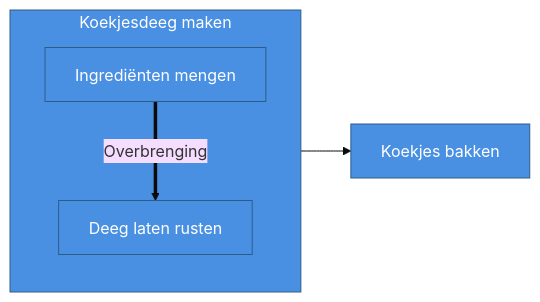
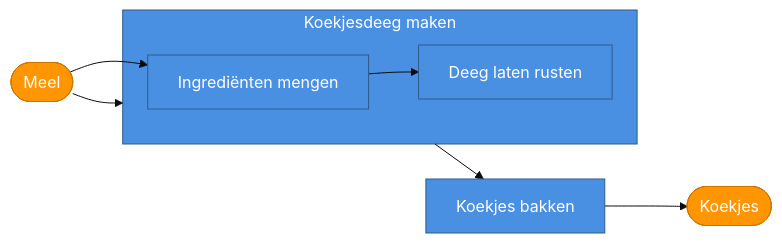
One commit to milieuinfo/RIE-IEPR changed the diagram in documentatie/bin/activiteit-visualisatie/fabriek-proces-genest.mmd. Above: the diagram before and after it, drawn with Mermaid (base theme). The commit also changed 27 other files, not shown here.

```diff
--- a/documentatie/bin/activiteit-visualisatie/fabriek-proces-genest.mmd
+++ b/documentatie/bin/activiteit-visualisatie/fabriek-proces-genest.mmd
@@ -1,17 +1,20 @@
 flowchart LR
+    step3["Koekjes bakken"]
+    style step3 color:white,fill:#4A90E2,stroke:#2E5C8A,color:#fff
+    subgraph step0["Koekjesdeeg maken"]
     step1["Ingrediënten mengen"]
-    style step1 fill:#4A90E2,stroke:#2E5C8A,color:#fff
+    style step1 color:white,fill:#4A90E2,stroke:#2E5C8A,color:#fff
     step2["Deeg laten rusten"]
-    style step2 fill:#4A90E2,stroke:#2E5C8A,color:#fff
-    step3["Koekjes bakken"]
-    style step3 fill:#4A90E2,stroke:#2E5C8A,color:#fff
-                    subgraph step0["Koekjesdeeg maken"]
-                        step1["Ingrediënten mengen"]
-        style step1 fill:#4A90E2,stroke:#2E5C8A,color:#fff
-        step2["Deeg laten rusten"]
-        style step2 fill:#4A90E2,stroke:#2E5C8A,color:#fff
+    style step2 color:white,fill:#4A90E2,stroke:#2E5C8A,color:#fff
     end
-                    style step0 fill:#4A90E2,stroke:#2E5C8A,color:#fff
-                
+    style step0 color:white,fill:#4A90E2,stroke:#2E5C8A,color:#fff
+    stof0(["Meel"])
+    style stof0 color:white,fill:#FF9500,stroke:#CC7700,color:#fff
+    stof1(["Koekjes"])
+    style stof1 color:white,fill:#FF9500,stroke:#CC7700,color:#fff
+
+    step1 --> step2
     step0 --> step3
-    step1 ==>|Overbrenging| step2
+    stof0 --> step0
+    stof0 --> step1
+    step3 --> stof1
```
